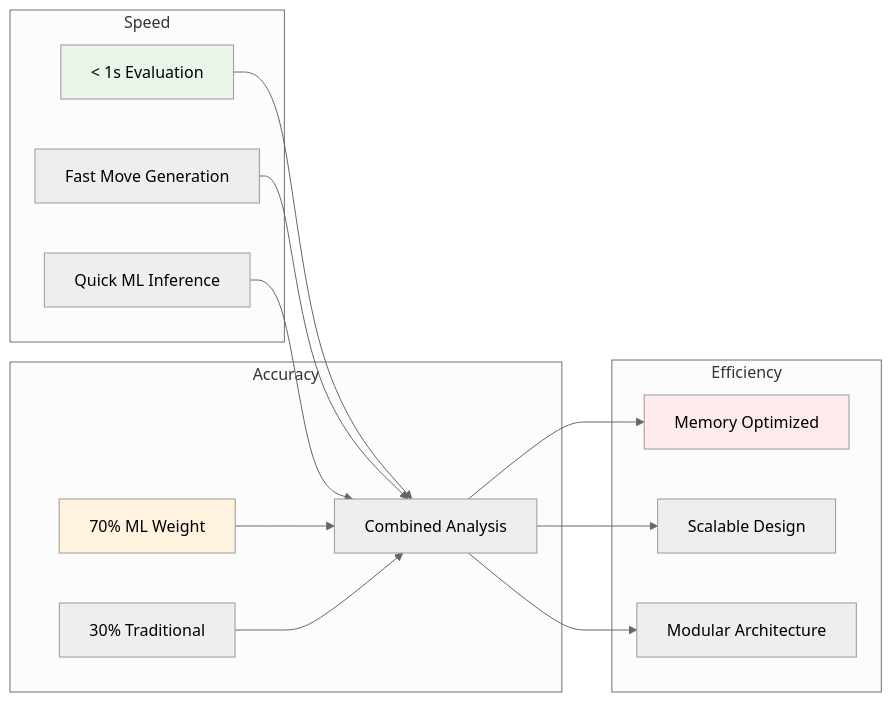
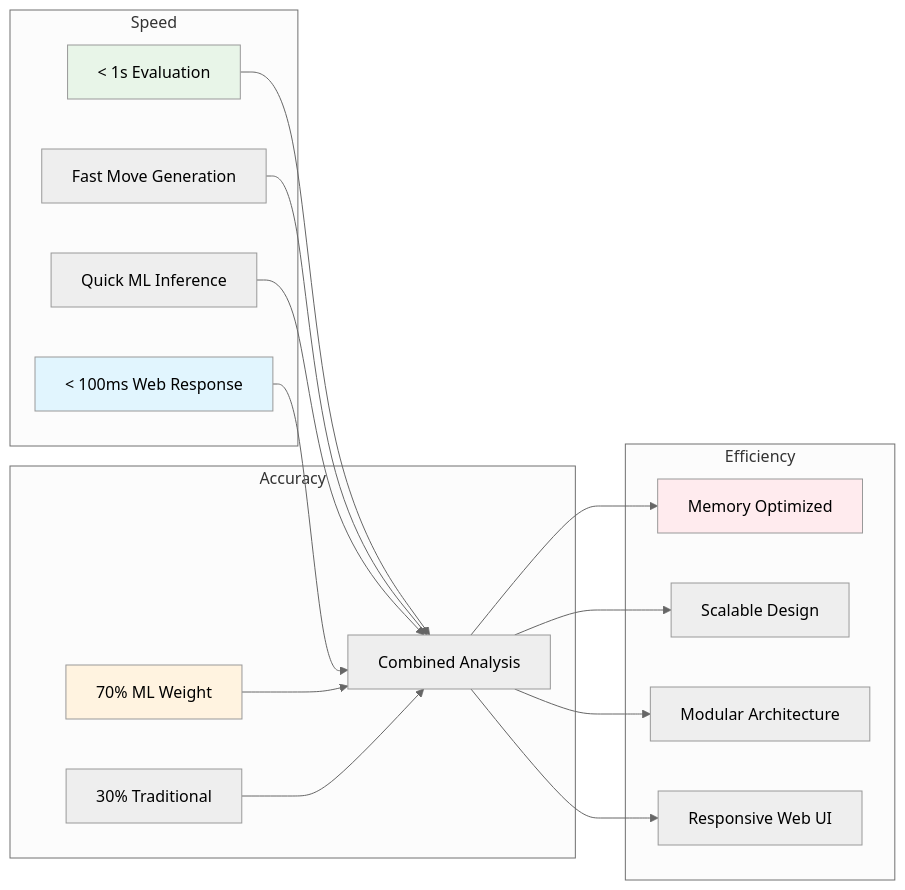
Before and after one commit to Bempong-Sylvester-Obese/Chess-Engine: the seventh of 8 diagrams in Docs/README.md, drawn with Mermaid (neutral theme). The commit also changed other lines of this file, not shown here.

````diff
--- a/Docs/README.md
+++ b/Docs/README.md
@@ -429,35 +524,40 @@
 ```mermaid
 graph LR
     subgraph "Speed"
         EVAL_TIME[< 1s Evaluation]
         MOVE_GEN[Fast Move Generation]
         ML_INFERENCE[Quick ML Inference]
+        WEB_RESPONSE[< 100ms Web Response]
     end
     
     subgraph "Accuracy"
         ML_ACCURACY[70% ML Weight]
         TRADITIONAL[30% Traditional]
         COMBINED[Combined Analysis]
     end
     
     subgraph "Efficiency"
         MEMORY[Memory Optimized]
         SCALABLE[Scalable Design]
         MODULAR[Modular Architecture]
+        RESPONSIVE[Responsive Web UI]
     end
     
     EVAL_TIME --> COMBINED
     MOVE_GEN --> COMBINED
     ML_INFERENCE --> COMBINED
+    WEB_RESPONSE --> COMBINED
     
     ML_ACCURACY --> COMBINED
     TRADITIONAL --> COMBINED
     
     COMBINED --> MEMORY
     COMBINED --> SCALABLE
     COMBINED --> MODULAR
+    COMBINED --> RESPONSIVE
     
     style EVAL_TIME fill:#e8f5e8
     style ML_ACCURACY fill:#fff3e0
     style MEMORY fill:#ffebee
+    style WEB_RESPONSE fill:#e1f5fe
 ```
````
